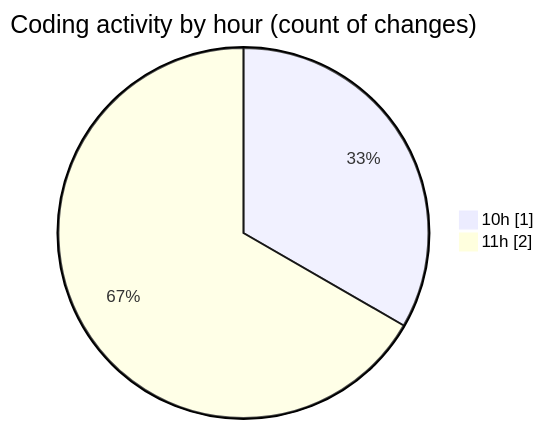
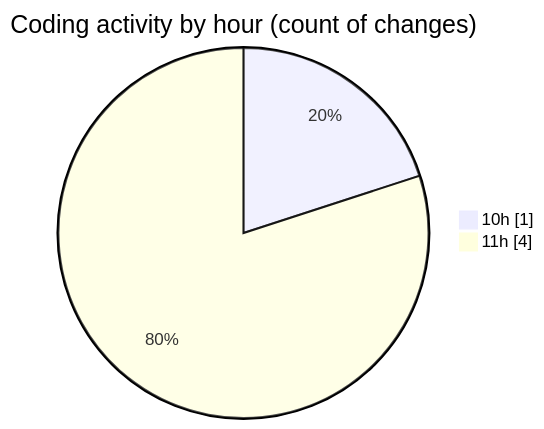
Before and after one commit to momahboobian/code-tracking: the second of 2 diagrams in 2025-10-08/cda/README.md, drawn with Mermaid. The commit also changed other lines of this file and 1 other file, not shown here.

````diff
--- a/2025-10-08/cda/README.md
+++ b/2025-10-08/cda/README.md
@@ -30,6 +30,6 @@
 ```mermaid
 pie showData
 title Coding activity by hour (count of changes)
 "10h" : 1
-"11h" : 2
+"11h" : 4
 ```
````
